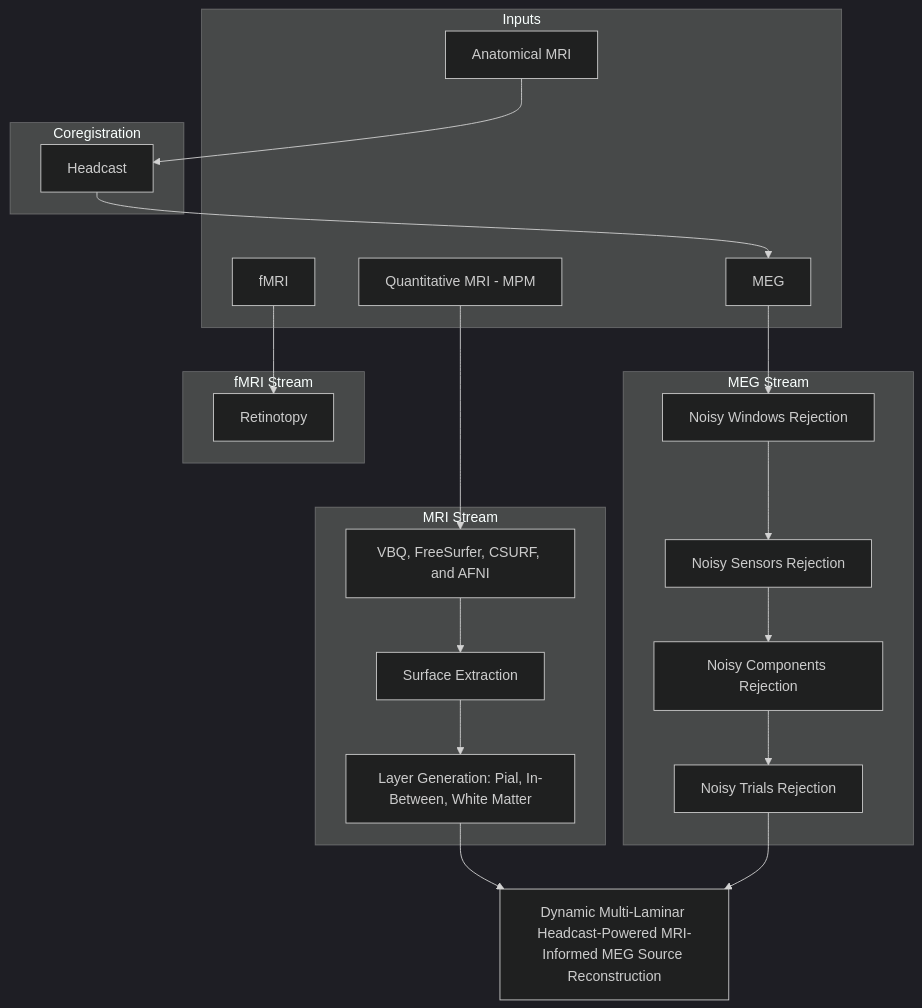
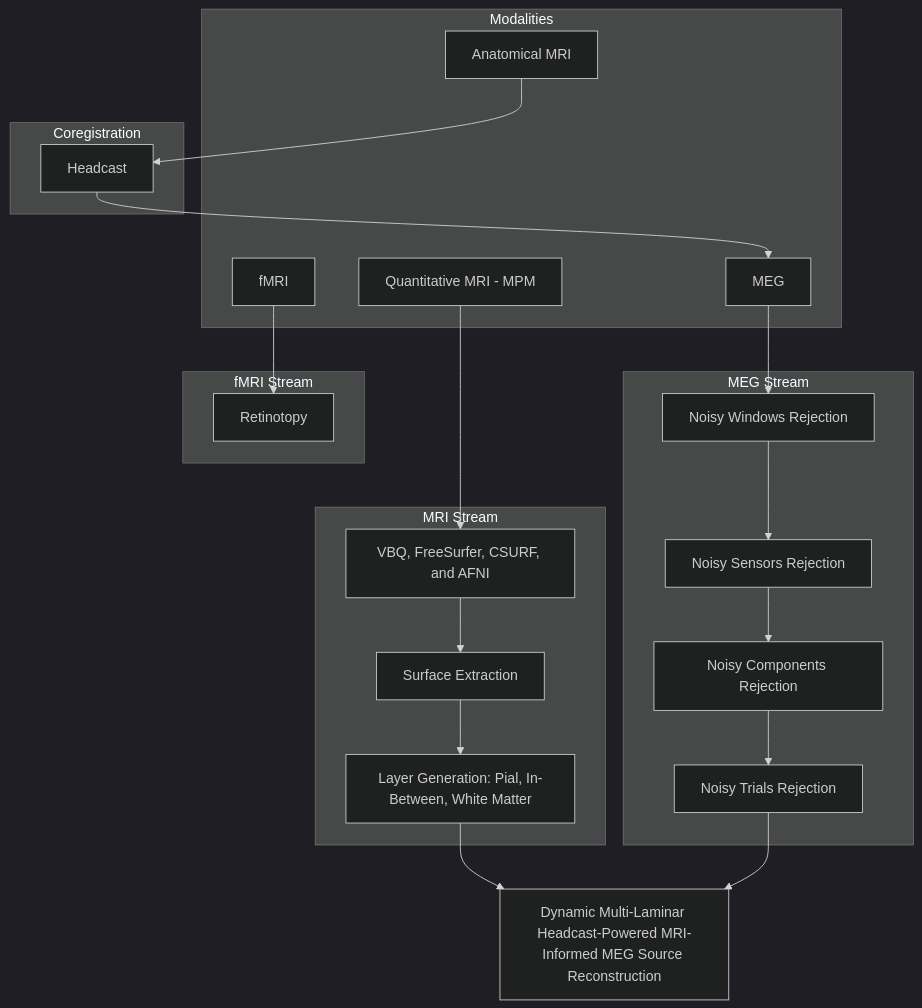
One commit to fardinafdideh/meg-laminar-dynamics changed the diagram in README.md. Above: the diagram before and after it, drawn with Mermaid (dark theme).

````diff
--- a/README.md
+++ b/README.md
@@ -19,43 +19,43 @@
 ```mermaid
 graph TD
     %% Inputs
-    subgraph Inputs
+    subgraph Modalities
     MRI[Quantitative MRI - MPM]
 	fMRI[fMRI]
 	aMRI[Anatomical MRI]
     MEG[MEG]
     end
 
     %% MEG Stream
     subgraph MEG Stream
     MEG --> win[Noisy Windows Rejection]
     win --> sen[Noisy Sensors Rejection]
     sen --> comp[Noisy Components Rejection]
 	comp --> trl[Noisy Trials Rejection]
     end
 
     %% Functional Stream
     subgraph fMRI Stream
     fMRI --> ret[Retinotopy]
     end
 
     %% Structural Stream
     subgraph MRI Stream
     MRI --> VBQ[VBQ, FreeSurfer, CSURF, and AFNI]
     VBQ --> Surf[Surface Extraction]
     Surf --> Layers[Layer Generation: Pial, In-Between, White Matter]
     end
 
 
 
 	%% coregistration
 	subgraph Coregistration
 	aMRI --> HC[Headcast]
 	end
 
     %% Fusion
     Layers --> Inv[Dynamic Multi-Laminar Headcast-Powered MRI-Informed MEG Source Reconstruction]
     trl --> Inv
 	%% HC --> win
 	HC --> MEG
 ```
````
